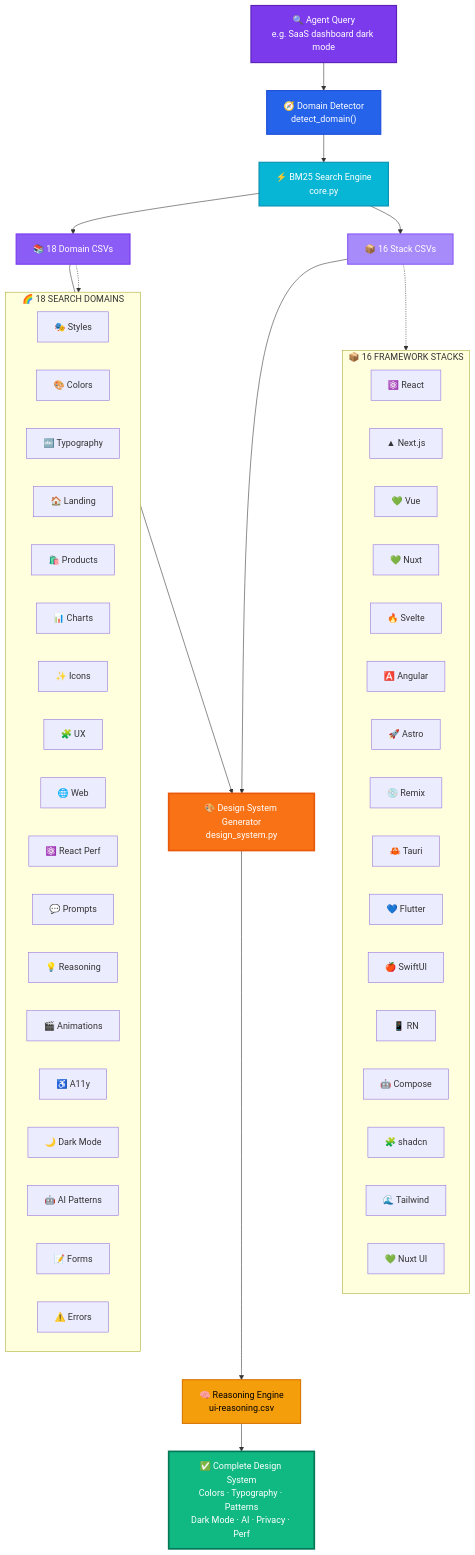
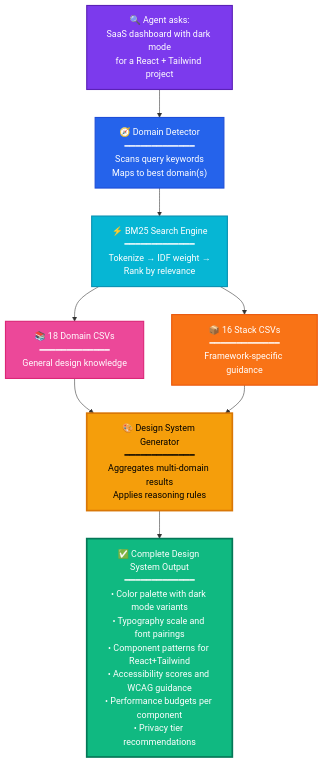
One commit to Ab-aswini/Agent-kit-P1 changed the fourth of 7 diagrams in README.md. Above: the diagram before and after it, drawn with Mermaid. The commit also changed other lines of this file and 52 other files, not shown here.

Commit message:
feat: feed knowledge to agents — RA-001 v3.1 with Live Knowledge Base, PROJECT_STATUS v1.4.2, narrative README, UI&UX branding

````diff
--- a/README.md
+++ b/README.md
@@ -227,71 +392,24 @@
 ```mermaid
 %%{init: {'theme': 'default'}}%%
 
 flowchart TD
-  Q["🔍 Agent Query<br/>e.g. SaaS dashboard dark mode"] --> DD["🧭 Domain Detector<br/>detect_domain()"]
+  Q["🔍 Agent asks:<br/>SaaS dashboard with dark mode<br/>for a React + Tailwind project"] --> DD["🧭 Domain Detector<br/>━━━━━━━━━━━━━<br/>Scans query keywords<br/>Maps to best domain(s)"]
 
-  DD --> BM["⚡ BM25 Search Engine<br/>core.py"]
+  DD --> BM["⚡ BM25 Search Engine<br/>━━━━━━━━━━━━━<br/>Tokenize → IDF weight →<br/>Rank by relevance"]
 
-  BM --> D1["📚 18 Domain CSVs"]
-  BM --> D2["📦 16 Stack CSVs"]
+  BM --> D1["📚 18 Domain CSVs<br/>━━━━━━━━━━━━━<br/>General design knowledge"]
+  BM --> D2["📦 16 Stack CSVs<br/>━━━━━━━━━━━━━<br/>Framework-specific guidance"]
 
-  D1 --> DSG["🎨 Design System Generator<br/>design_system.py"]
+  D1 --> DSG["🎨 Design System Generator<br/>━━━━━━━━━━━━━<br/>Aggregates multi-domain results<br/>Applies reasoning rules"]
   D2 --> DSG
 
-  DSG --> R["🧠 Reasoning Engine<br/>ui-reasoning.csv"]
-  R --> OUT["✅ Complete Design System<br/>Colors · Typography · Patterns<br/>Dark Mode · AI · Privacy · Perf"]
-
-  subgraph DOMAINS["🌈 18 SEARCH DOMAINS"]
-    direction LR
-    d_style["🎭 Styles"]
-    d_color["🎨 Colors"]
-    d_typo["🔤 Typography"]
-    d_land["🏠 Landing"]
-    d_prod["🛍️ Products"]
-    d_chart["📊 Charts"]
-    d_icon["✨ Icons"]
-    d_ux["🧩 UX"]
-    d_web["🌐 Web"]
-    d_react["⚛️ React Perf"]
-    d_prompt["💬 Prompts"]
-    d_reason["💡 Reasoning"]
-    d_anim["🎬 Animations"]
-    d_a11y["♿ A11y"]
-    d_dark["🌙 Dark Mode"]
-    d_ai["🤖 AI Patterns"]
-    d_form["📝 Forms"]
-    d_err["⚠️ Errors"]
-  end
-
-  subgraph STACKS["📦 16 FRAMEWORK STACKS"]
-    direction LR
-    s1["⚛️ React"]
-    s2["▲ Next.js"]
-    s3["💚 Vue"]
-    s4["💚 Nuxt"]
-    s5["🔥 Svelte"]
-    s6["🅰️ Angular"]
-    s7["🚀 Astro"]
-    s8["💿 Remix"]
-    s9["🦀 Tauri"]
-    s10["💙 Flutter"]
-    s11["🍎 SwiftUI"]
-    s12["📱 RN"]
-    s13["🤖 Compose"]
-    s14["🧩 shadcn"]
-    s15["🌊 Tailwind"]
-    s16["💚 Nuxt UI"]
-  end
-
-  D1 -.-> DOMAINS
-  D2 -.-> STACKS
+  DSG --> OUT["✅ Complete Design System Output<br/>━━━━━━━━━━━━━<br/>• Color palette with dark mode variants<br/>• Typography scale and font pairings<br/>• Component patterns for React+Tailwind<br/>• Accessibility scores and WCAG guidance<br/>• Performance budgets per component<br/>• Privacy tier recommendations"]
 
   style Q fill:#7C3AED,stroke:#5B21B6,stroke-width:2px,color:#fff
   style DD fill:#2563EB,stroke:#1D4ED8,stroke-width:2px,color:#fff
   style BM fill:#06B6D4,stroke:#0891B2,stroke-width:2px,color:#fff
-  style D1 fill:#8B5CF6,stroke:#7C3AED,stroke-width:2px,color:#fff
-  style D2 fill:#A78BFA,stroke:#8B5CF6,stroke-width:2px,color:#fff
-  style DSG fill:#F97316,stroke:#EA580C,stroke-width:3px,color:#fff
-  style R fill:#F59E0B,stroke:#D97706,stroke-width:2px,color:#000
+  style D1 fill:#EC4899,stroke:#DB2777,stroke-width:2px,color:#fff
+  style D2 fill:#F97316,stroke:#EA580C,stroke-width:2px,color:#fff
+  style DSG fill:#F59E0B,stroke:#D97706,stroke-width:3px,color:#000
   style OUT fill:#10B981,stroke:#047857,stroke-width:3px,color:#fff
 ```
````
